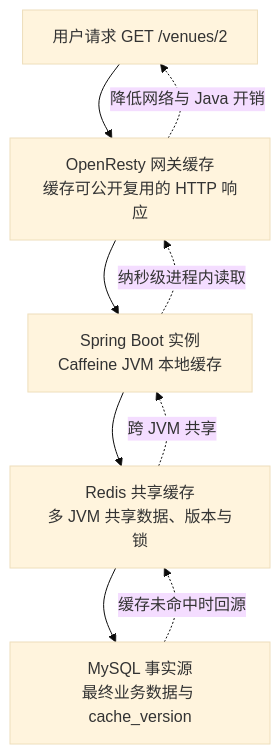
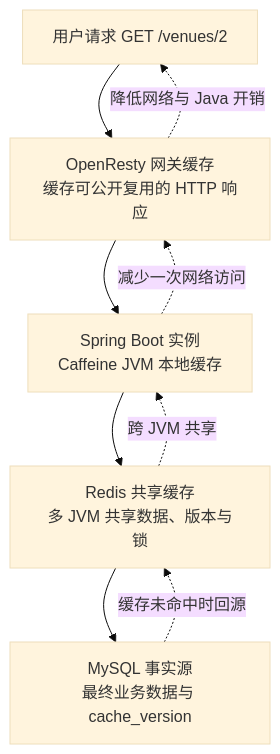
One commit to SyH-101/citypass-platform changed the first of 16 diagrams in 02-多级缓存一致性.md. Above: the diagram before and after it, drawn with Mermaid (base theme). The commit also changed other lines of this file and 159 other files, not shown here.

````diff
--- a/02-多级缓存一致性.md
+++ b/02-多级缓存一致性.md
@@ -57,12 +64,12 @@
 ```mermaid
 flowchart TB
     U["用户请求 GET /venues/2"] --> G["OpenResty 网关缓存<br/>缓存可公开复用的 HTTP 响应"]
     G --> J["Spring Boot 实例<br/>Caffeine JVM 本地缓存"]
     J --> R["Redis 共享缓存<br/>多 JVM 共享数据、版本与锁"]
     R --> D["MySQL 事实源<br/>最终业务数据与 cache_version"]
 
     G -. "降低网络与 Java 开销" .-> U
-    J -. "纳秒级进程内读取" .-> G
+    J -. "减少一次网络访问" .-> G
     R -. "跨 JVM 共享" .-> J
     D -. "缓存未命中时回源" .-> R
 ```
````
